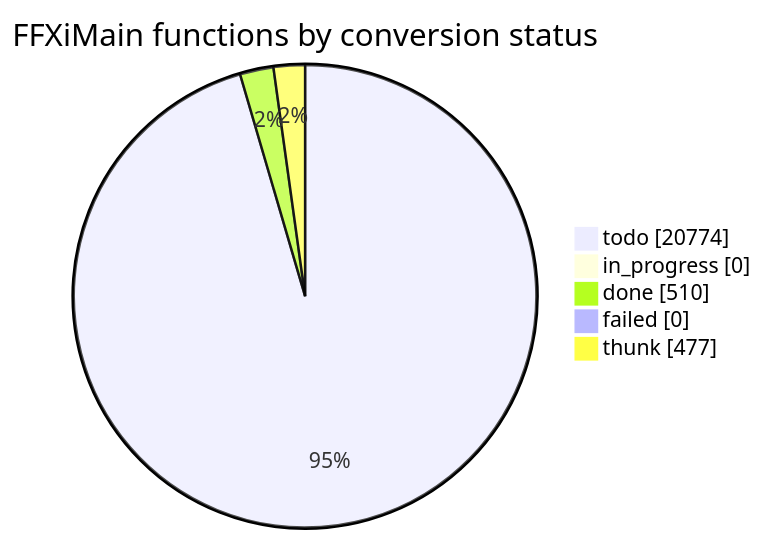
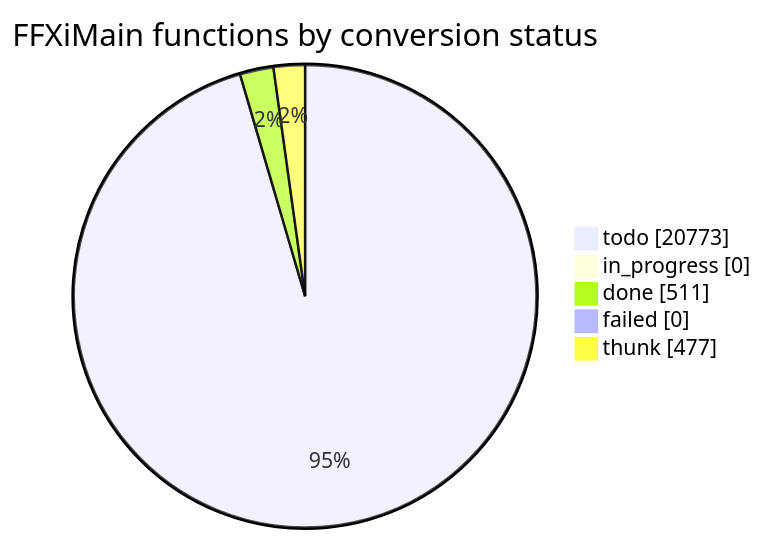
Before and after one commit to cowrevenge/cow_kuluu_xi_anything: the diagram in docs/cow/STATUS.md, drawn with Mermaid. The commit also changed other lines of this file and 9 other files, not shown here.

````diff
--- a/docs/cow/STATUS.md
+++ b/docs/cow/STATUS.md
@@ -18,9 +18,9 @@
 ```mermaid
 pie showData
     title FFXiMain functions by conversion status
-    "todo" : 20774
+    "todo" : 20773
     "in_progress" : 0
-    "done" : 510
+    "done" : 511
     "failed" : 0
     "thunk" : 477
 ```
````
